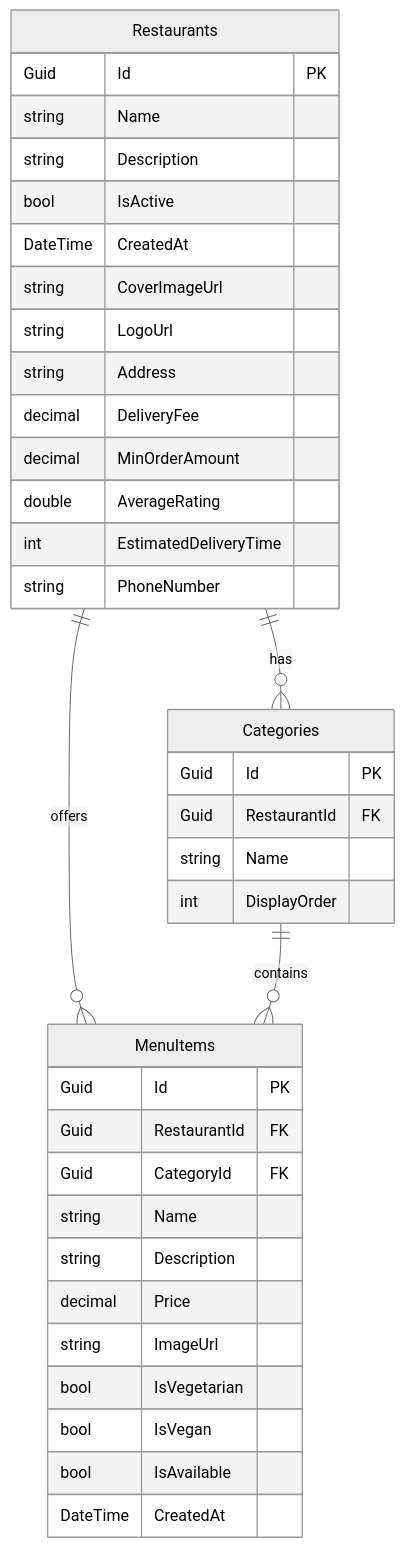
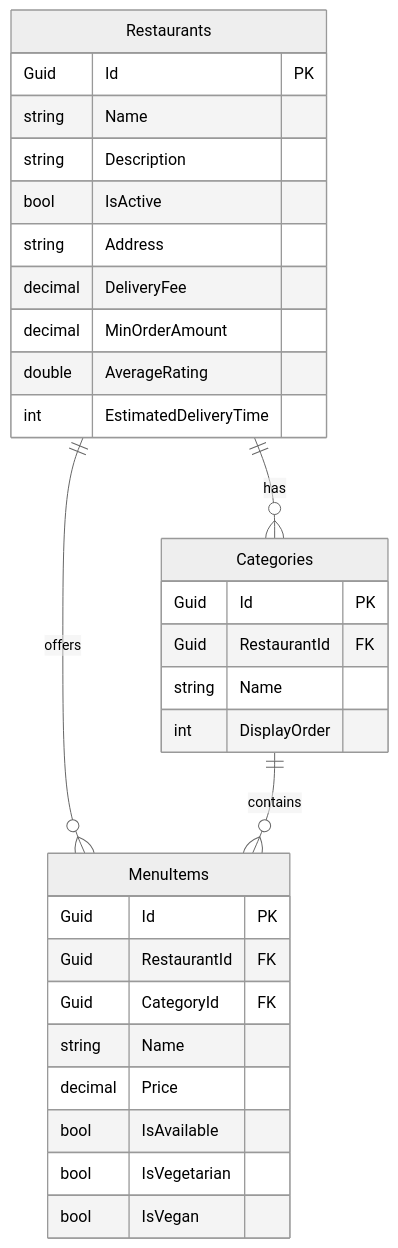
The sixth of 9 diagrams in README.md (PrakashRajanSakthivel/SmartDelivery), drawn with Mermaid (neutral theme) before and after one commit. The commit also changed other lines of this file, not shown here.

````diff
--- a/README.md
+++ b/README.md
@@ -261,43 +359,36 @@
 ```mermaid
 erDiagram
     Restaurants {
         Guid Id PK
         string Name
         string Description
         bool IsActive
-        DateTime CreatedAt
-        string CoverImageUrl
-        string LogoUrl
         string Address
         decimal DeliveryFee
         decimal MinOrderAmount
         double AverageRating
         int EstimatedDeliveryTime
-        string PhoneNumber
     }
-    
+
     Categories {
         Guid Id PK
         Guid RestaurantId FK
         string Name
         int DisplayOrder
     }
-    
+
     MenuItems {
         Guid Id PK
         Guid RestaurantId FK
         Guid CategoryId FK
         string Name
-        string Description
         decimal Price
-        string ImageUrl
+        bool IsAvailable
         bool IsVegetarian
         bool IsVegan
-        bool IsAvailable
-        DateTime CreatedAt
     }
-    
+
     Restaurants ||--o{ Categories : has
     Restaurants ||--o{ MenuItems : offers
     Categories ||--o{ MenuItems : contains
 ```
````
